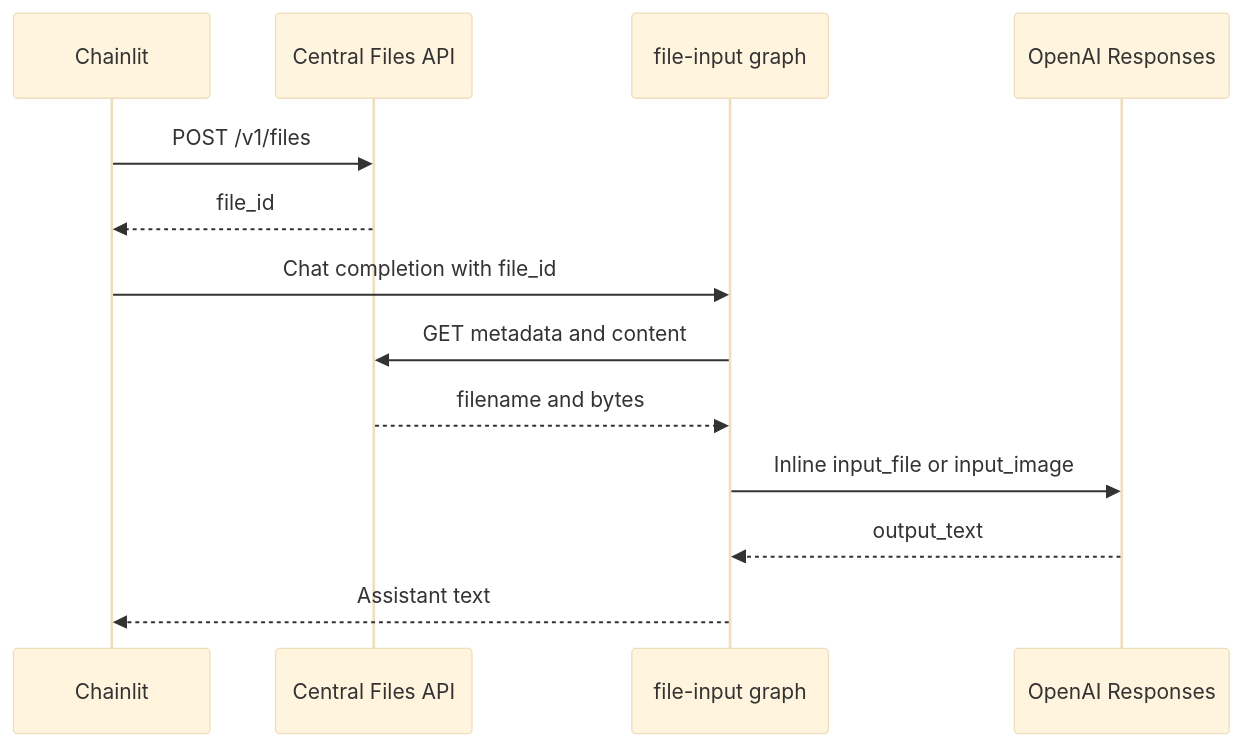
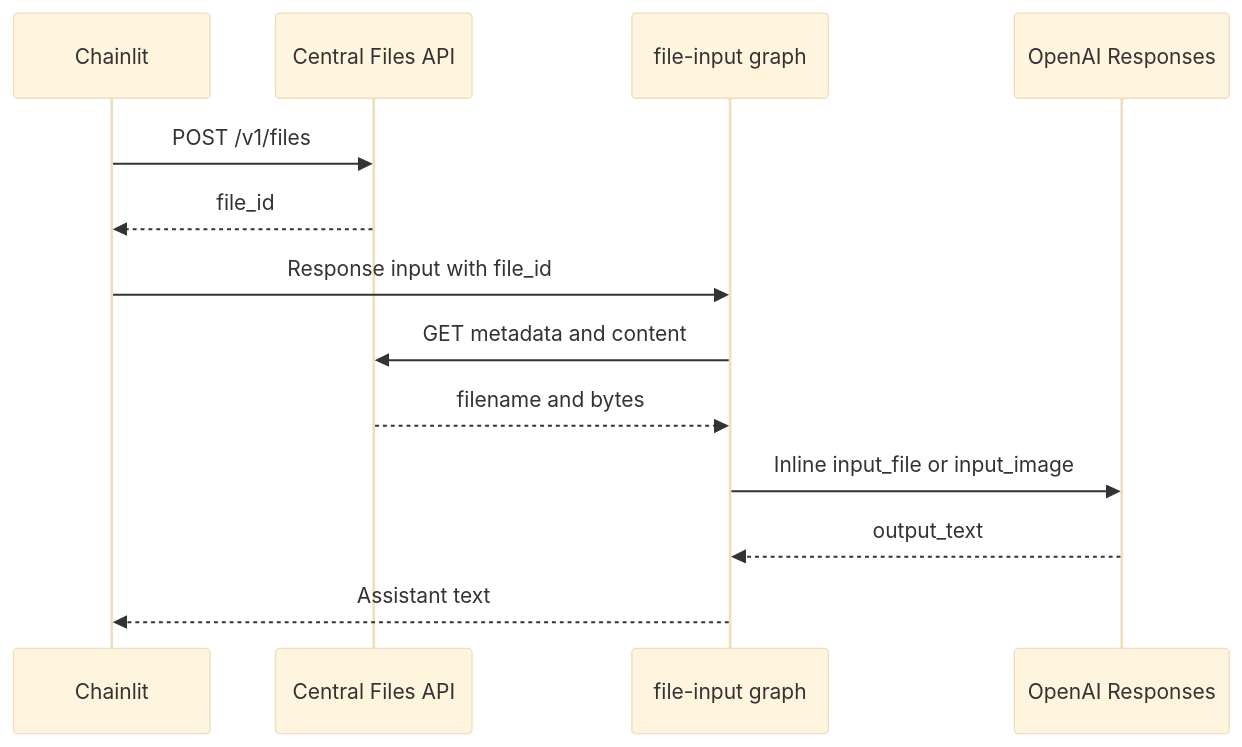
One commit to ilkersigirci/langgraph-openai-serve changed the first of 2 diagrams in docs/demo/graphs/file-input.md. Above: the diagram before and after it, drawn with Mermaid (base theme). The commit also changed other lines of this file and 191 other files, not shown here.

````diff
--- a/docs/demo/graphs/file-input.md
+++ b/docs/demo/graphs/file-input.md
@@ -24,15 +24,15 @@
 ```mermaid
 sequenceDiagram
     participant C as Chainlit
     participant F as Central Files API
     participant G as file-input graph
     participant O as OpenAI Responses
     C->>F: POST /v1/files
     F-->>C: file_id
-    C->>G: Chat completion with file_id
+    C->>G: Response input with file_id
     G->>F: GET metadata and content
     F-->>G: filename and bytes
     G->>O: Inline input_file or input_image
     O-->>G: output_text
     G-->>C: Assistant text
 ```
````
